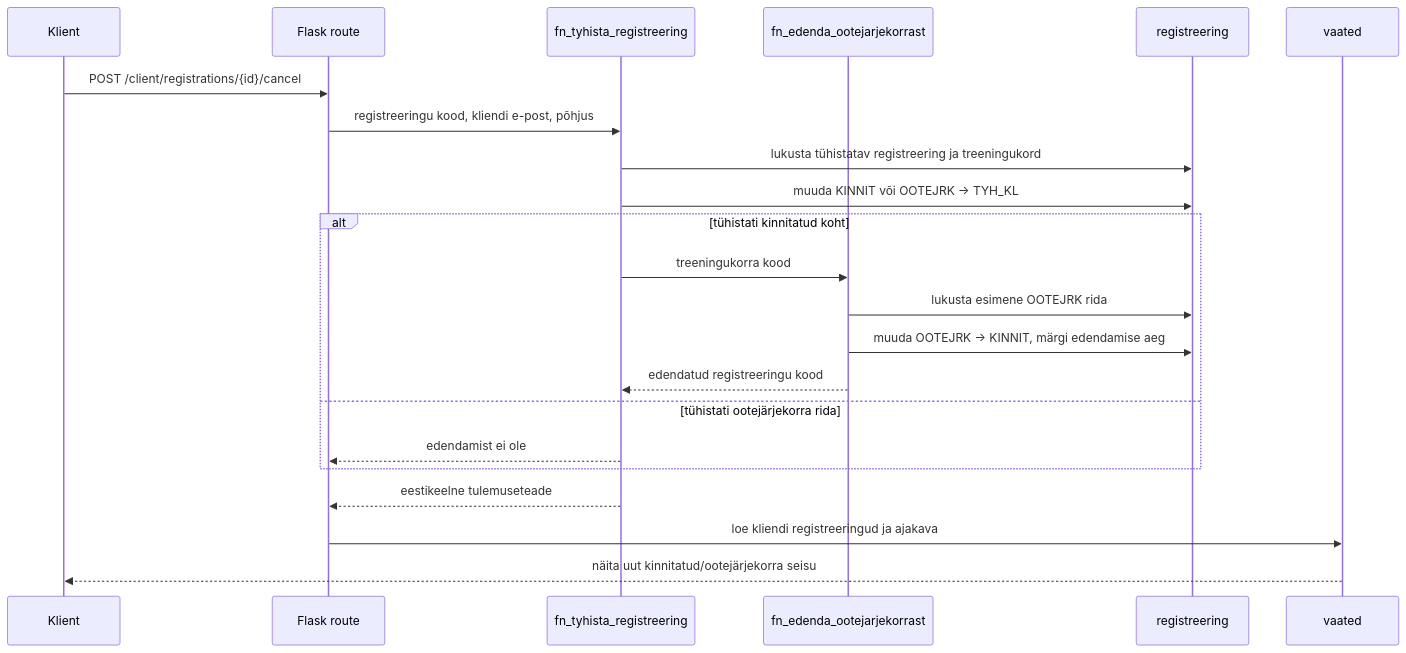
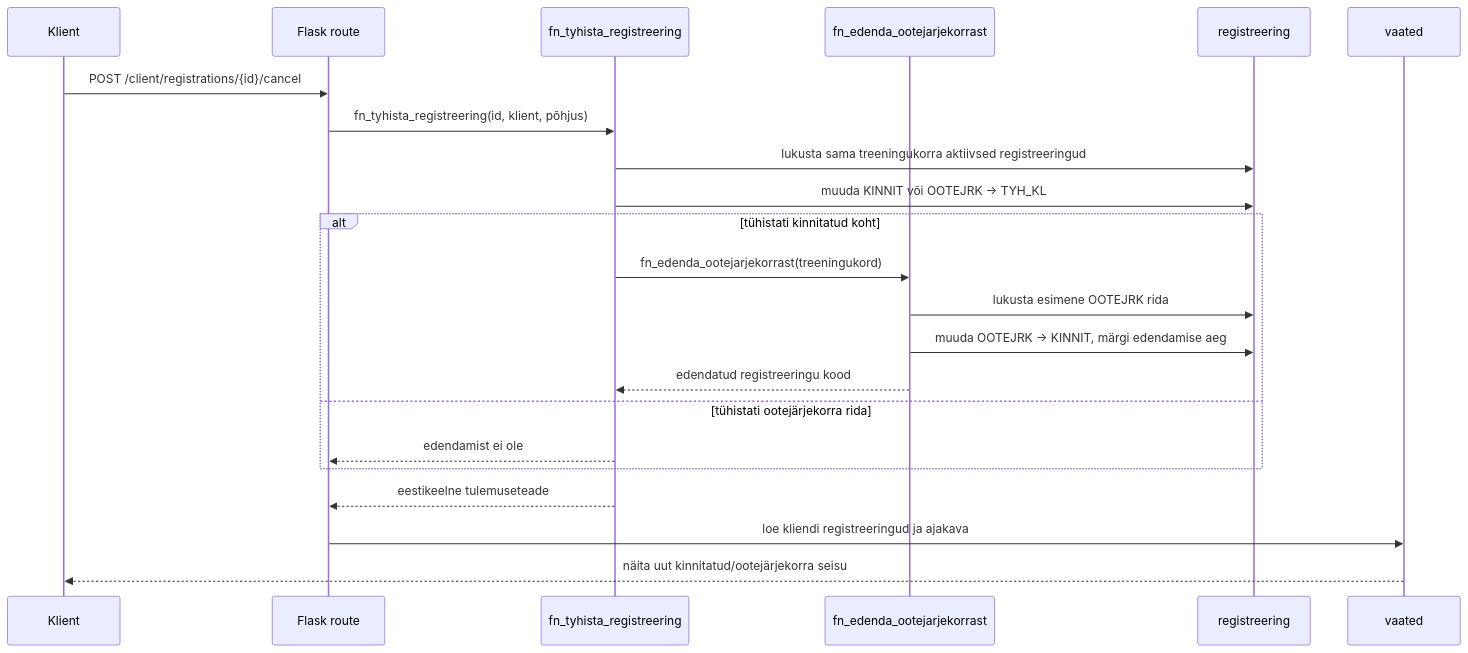
The diagram in diagrams/07_waitlist_sequence.mmd (tamkivi/andmebaasid-projekt), drawn with Mermaid before and after one commit. The commit also changed 23 other files, not shown here.

```diff
--- a/diagrams/07_waitlist_sequence.mmd
+++ b/diagrams/07_waitlist_sequence.mmd
@@ -1,23 +1,23 @@
 sequenceDiagram
     participant K as Klient
     participant F as Flask route
     participant T as fn_tyhista_registreering
     participant E as fn_edenda_ootejarjekorrast
     participant R as registreering
     participant V as vaated
 
     K->>F: POST /client/registrations/{id}/cancel
-    F->>T: registreeringu kood, kliendi e-post, põhjus
-    T->>R: lukusta tühistatav registreering ja treeningukord
+    F->>T: fn_tyhista_registreering(id, klient, põhjus)
+    T->>R: lukusta sama treeningukorra aktiivsed registreeringud
     T->>R: muuda KINNIT või OOTEJRK -> TYH_KL
     alt tühistati kinnitatud koht
-        T->>E: treeningukorra kood
+        T->>E: fn_edenda_ootejarjekorrast(treeningukord)
         E->>R: lukusta esimene OOTEJRK rida
         E->>R: muuda OOTEJRK -> KINNIT, märgi edendamise aeg
         E-->>T: edendatud registreeringu kood
     else tühistati ootejärjekorra rida
         T-->>F: edendamist ei ole
     end
     T-->>F: eestikeelne tulemuseteade
     F->>V: loe kliendi registreeringud ja ajakava
     V-->>K: näita uut kinnitatud/ootejärjekorra seisu
```
